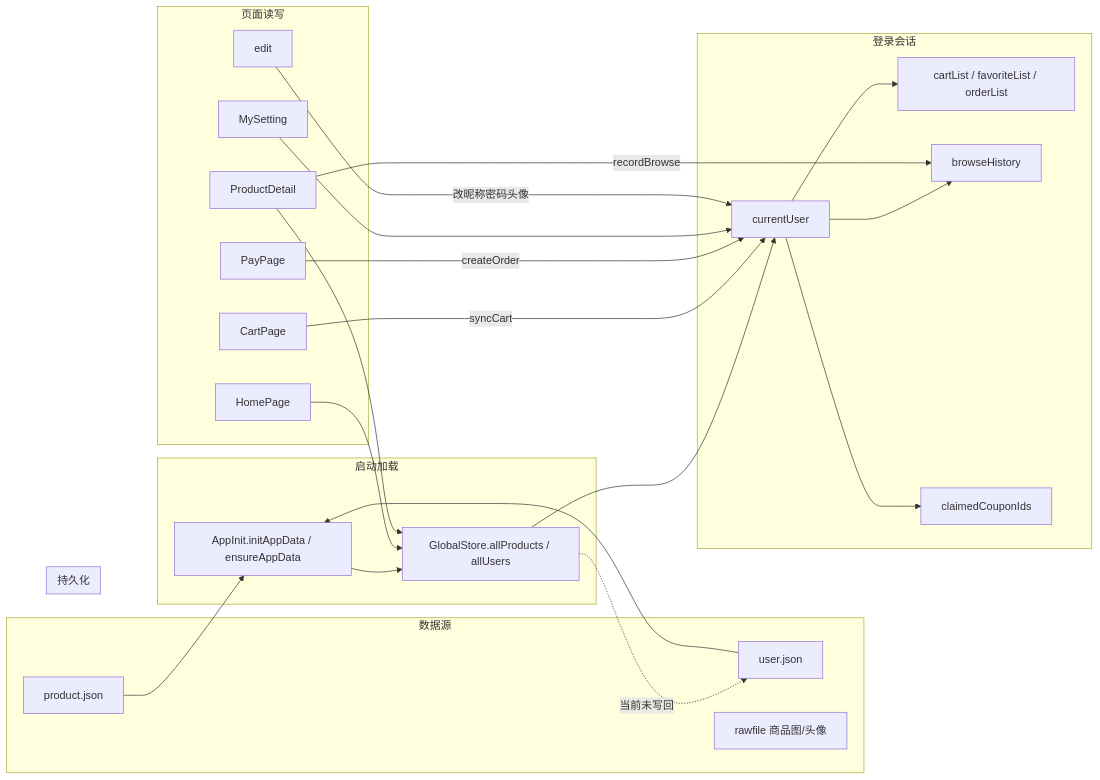
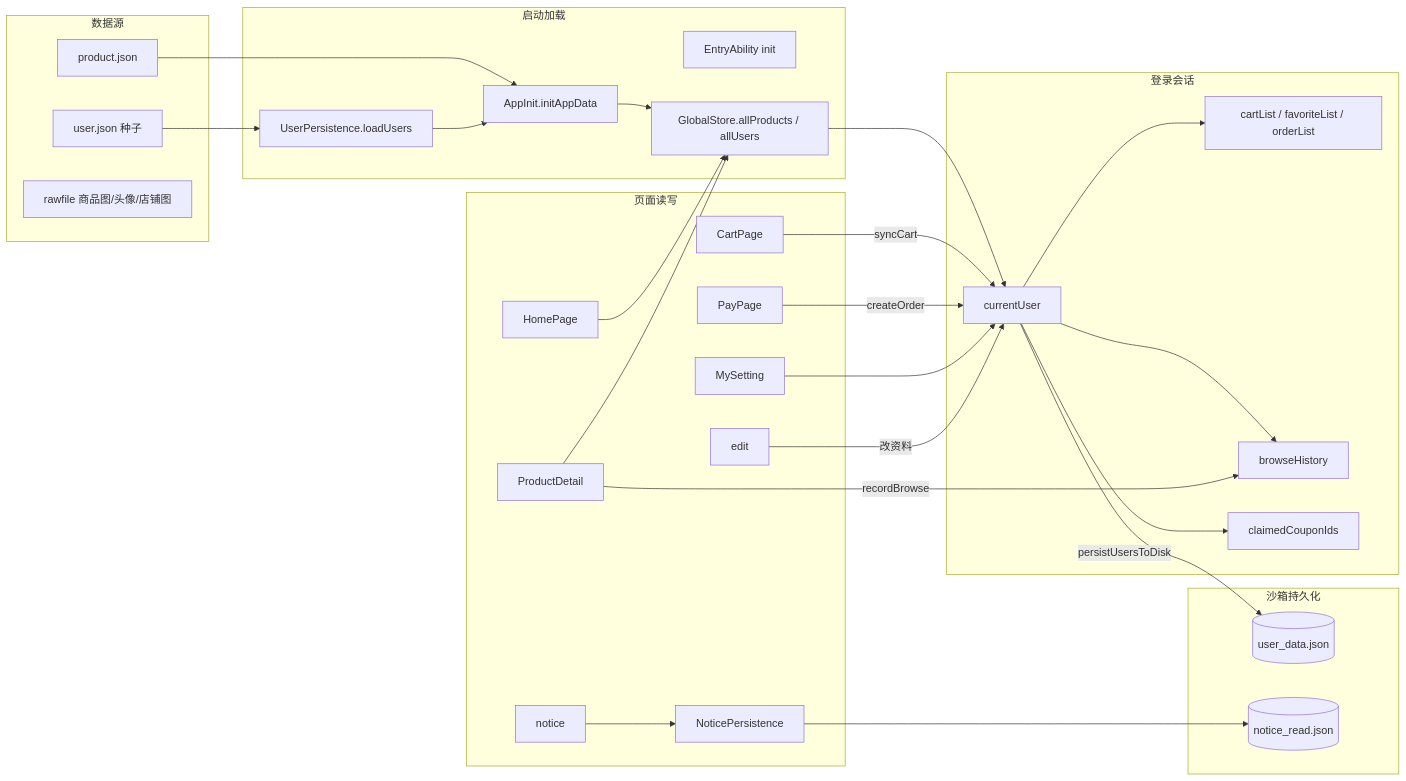
The third of 9 diagrams in docs/PROJECT.md (BuSu-twl/arkts-app), drawn with Mermaid before and after one commit. The commit also changed other lines of this file and 1 other file, not shown here.

````diff
--- a/docs/PROJECT.md
+++ b/docs/PROJECT.md
@@ -241,36 +248,41 @@
 ```mermaid
 flowchart LR
   subgraph sources [数据源]
     PJ[product.json]
-    UJ[user.json]
-    RF[rawfile 商品图/头像]
+    UJ[user.json 种子]
+    RF[rawfile 商品图/头像/店铺图]
   end
 
   subgraph init [启动加载]
-    AI[AppInit.initAppData / ensureAppData]
+    EA[EntryAbility init]
+    UP[UserPersistence.loadUsers]
+    AI[AppInit.initAppData]
     PJ --> AI
-    UJ --> AI
+    UJ --> UP
+    UP --> AI
     AI --> GS[GlobalStore.allProducts / allUsers]
   end
 
   subgraph session [登录会话]
     GS --> CU[currentUser]
     CU --> CL[cartList / favoriteList / orderList]
     CU --> BH[browseHistory]
     CU --> CC[claimedCouponIds]
   end
 
   subgraph ui [页面读写]
     H[HomePage] --> GS
     D[ProductDetail] -->|recordBrowse| BH
-  D --> GS
+    D --> GS
     C[CartPage] -->|syncCart| CU
     P[PayPage] -->|createOrder| CU
     M[MySetting] --> CU
-    E[edit] -->|改昵称密码头像| CU
+    E[edit] -->|改资料| CU
+    N[notice] --> NP[NoticePersistence]
   end
 
-  subgraph persist [持久化]
-    GS -.->|当前未写回| UJ
+  subgraph persist [沙箱持久化]
+    CU -->|persistUsersToDisk| UD[(user_data.json)]
+    NP --> NR[(notice_read.json)]
   end
 ```
````
